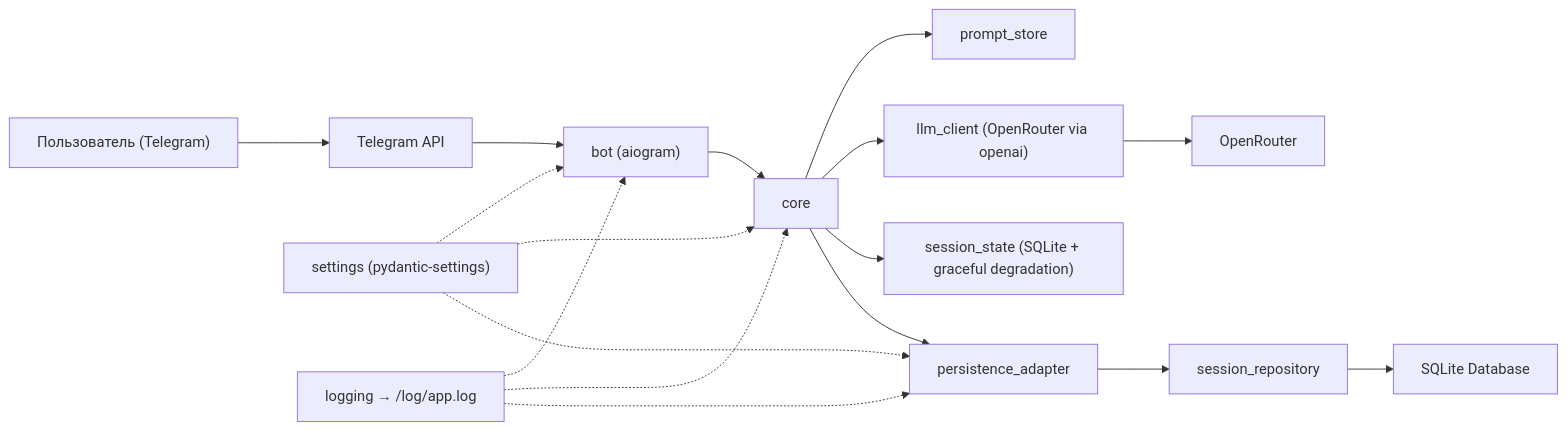
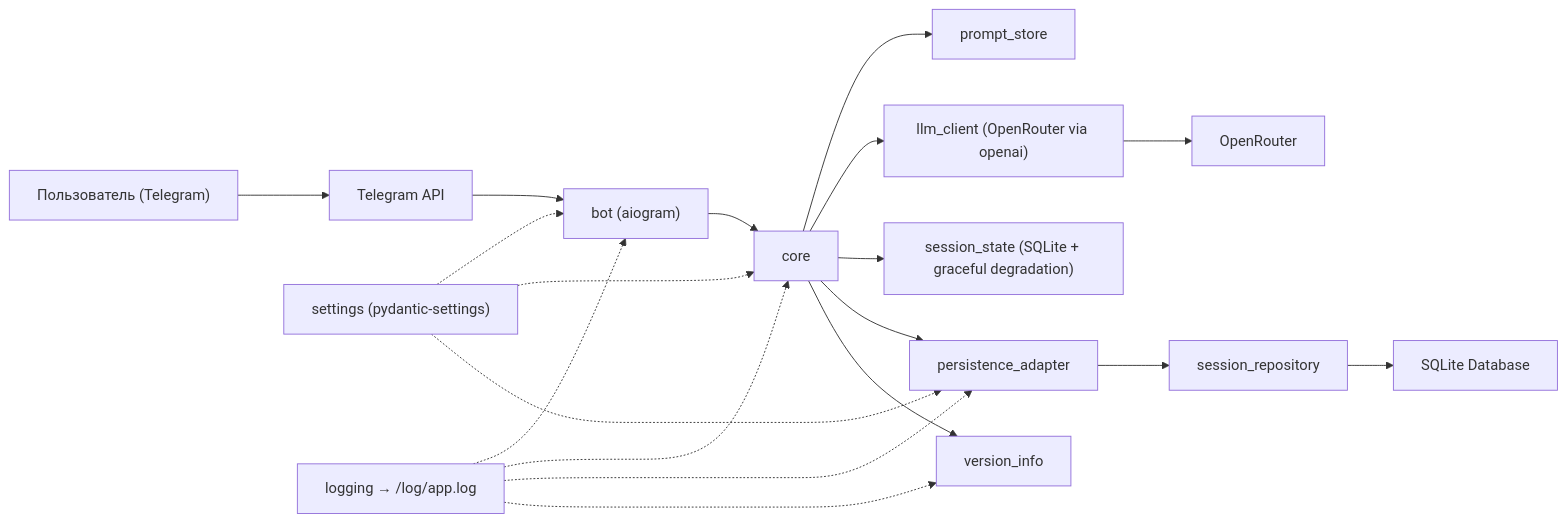
The first of 4 diagrams in doc/vision.md (mihail-gribov/easy-lessons-bot), drawn with Mermaid before and after one commit. The commit also changed other lines of this file and 17 other files, not shown here.

````diff
--- a/doc/vision.md
+++ b/doc/vision.md
@@ -150,19 +162,21 @@
 ```mermaid
 graph LR
   U["Пользователь (Telegram)"] --> TG["Telegram API"]
   TG --> B["bot (aiogram)"]
   B --> C["core"]
   C --> P["prompt_store"]
   C --> LLM["llm_client (OpenRouter via openai)"]
   C --> S["session_state (SQLite + graceful degradation)"]
   C --> PA["persistence_adapter"]
+  C --> VI["version_info"]
   PA --> SR["session_repository"]
   SR --> DB["SQLite Database"]
   SET["settings (pydantic-settings)"] -.-> B
   SET -.-> C
   SET -.-> PA
   LLM --> OR["OpenRouter"]
   LOG["logging → /log/app.log"] -.-> B
   LOG -.-> C
   LOG -.-> PA
+  LOG -.-> VI
 ```
````
